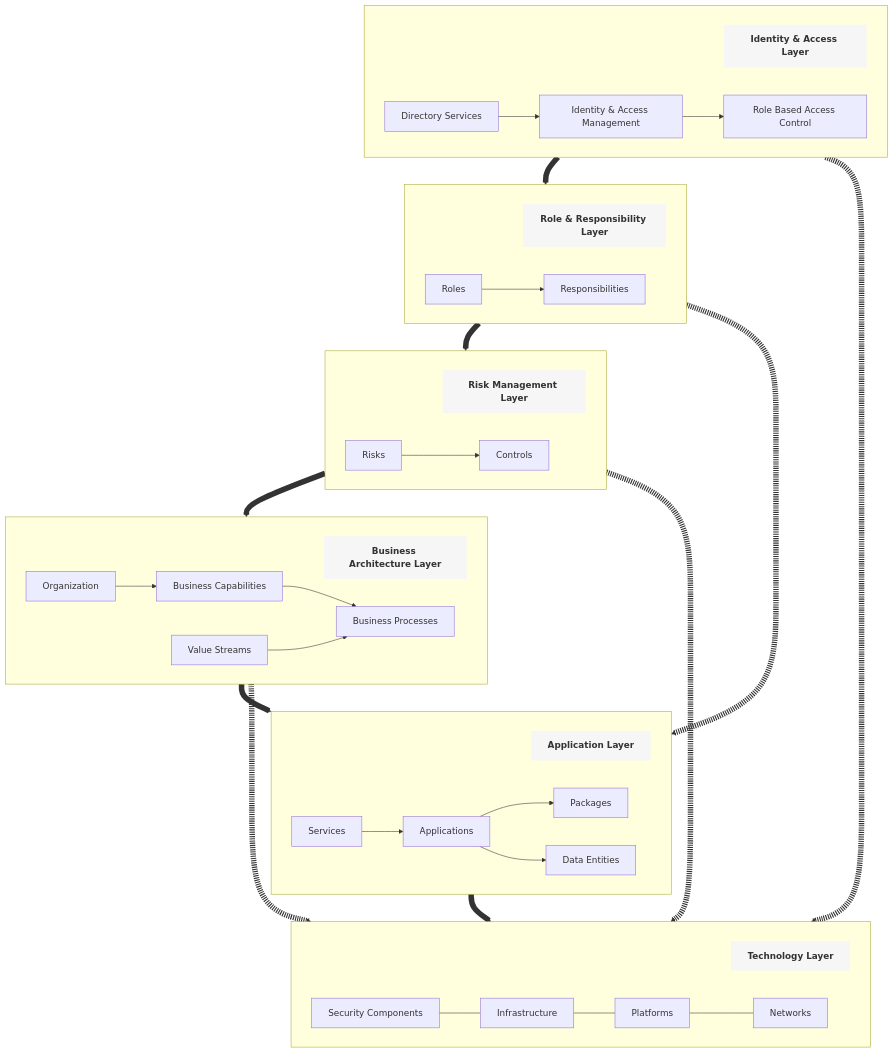
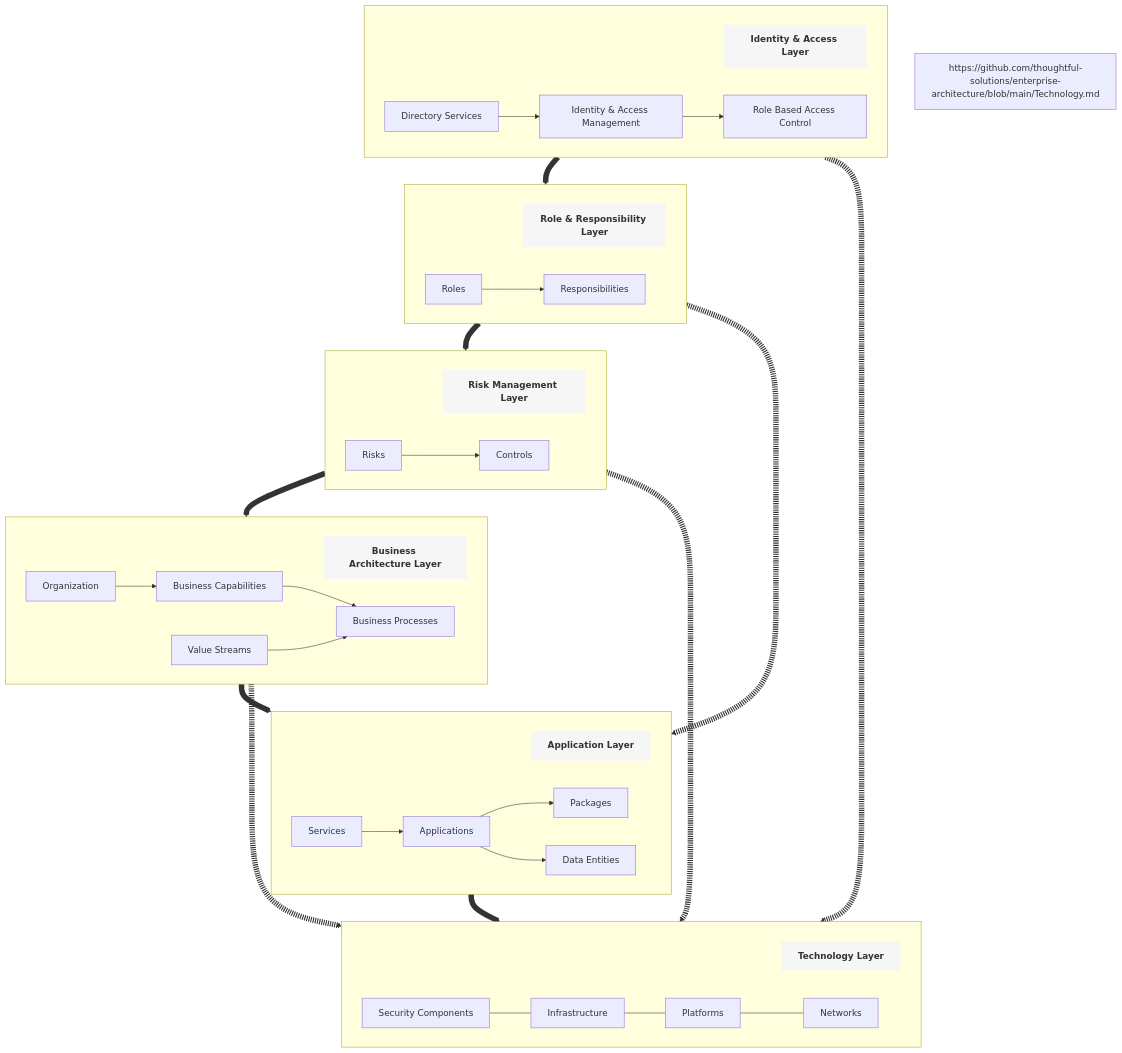
The diagram in README.md (thoughtful-solutions/enterprise-architecture), drawn with Mermaid before and after one commit. The commit also changed 1 other file, not shown here.

```diff
--- a/README.md
+++ b/README.md
@@ -88,12 +88,14 @@
 
 classDef linkNode fill:#f6f6f6,stroke-width:0,font-weight:bold,text-align:center
 class IdentityLink,RoleRespLink,RiskMgmtLink,BusinessLink,ApplicationLink,TechnologyLink linkNode
-    click IdentityLink "../Identity.md" _blank
-    click RoleRespLink "../RoleResp.md" _blank
-    click RiskMgmtLink "../RiskMgmt.md" _blank
-    click BusinessLink "../Business.md" _blank
-    click ApplicationLink "../Application.md" _blank
-    click TechnologyLink "../Technology.md" _blank
+
+https://github.com/thoughtful-solutions/enterprise-architecture/blob/main/Technology.md
+    click IdentityLink "https://github.com/thoughtful-solutions/enterprise-architecture/blob/main/Identity.md" _blank
+    click RoleRespLink "https://github.com/thoughtful-solutions/enterprise-architecture/blob/main/RoleResp.md" _blank
+    click RiskMgmtLink "https://github.com/thoughtful-solutions/enterprise-architecture/blob/main/RiskMgmt.md" _blank
+    click BusinessLink "https://github.com/thoughtful-solutions/enterprise-architecture/blob/main/Business.md" _blank
+    click ApplicationLink "https://github.com/thoughtful-solutions/enterprise-architecture/blob/main/Application.md" _blank
+    click TechnologyLink "https://github.com/thoughtful-solutions/enterprise-architecture/blob/main/Technology.md" _blank
 
     %% Layer Descriptions
     %% Identity & Access Layer: Manages authentication, authorization, and access control
```
